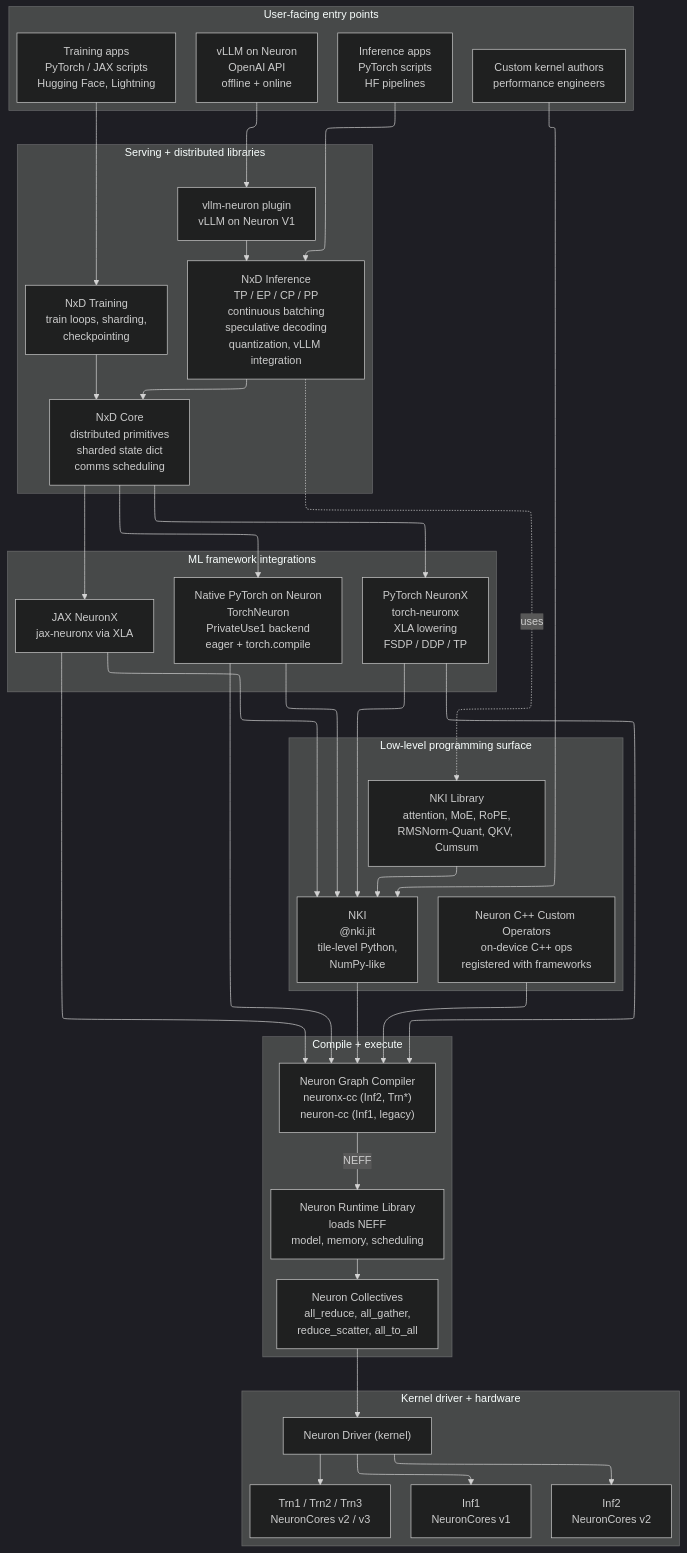
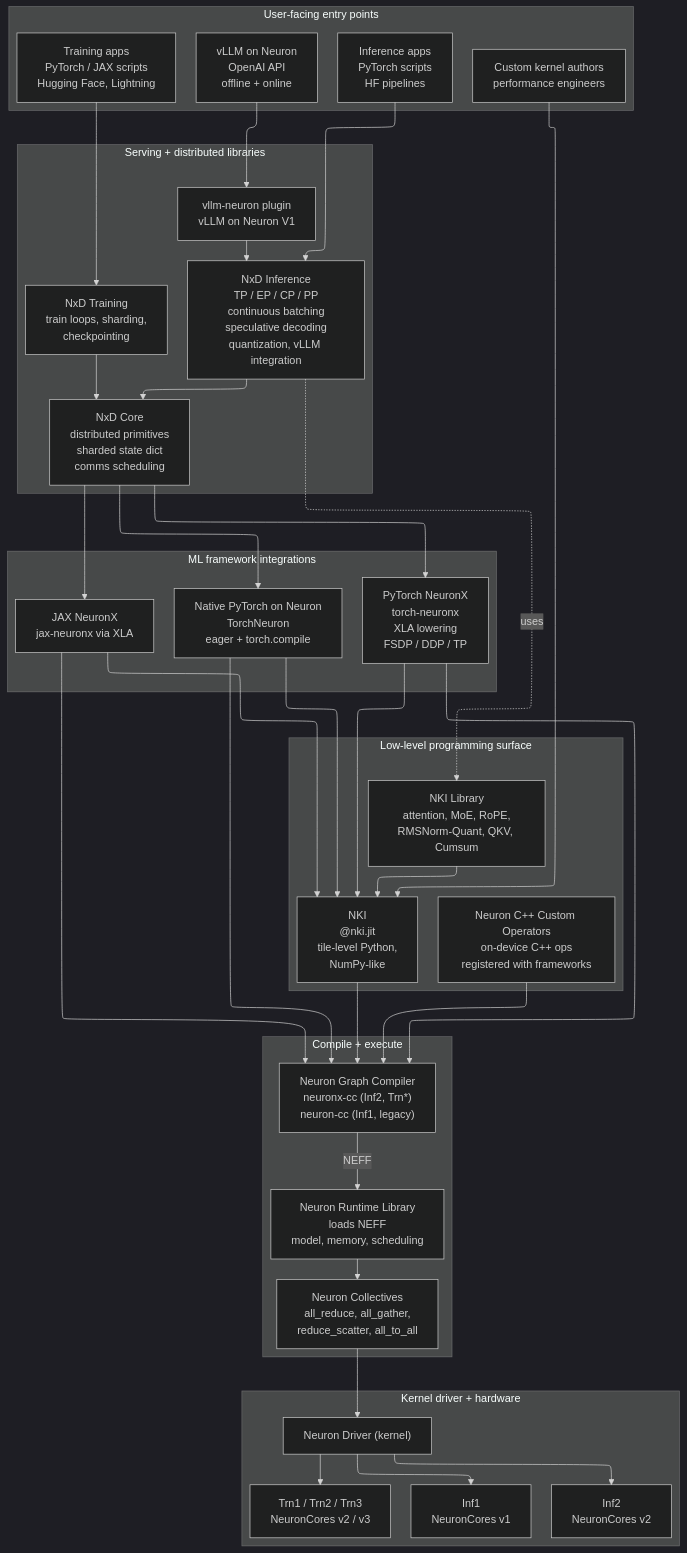
Before and after one commit to erickson-doug/mintlify-docs: the first of 2 diagrams in neuron-stack.mdx, drawn with Mermaid (dark theme). The commit also changed other lines of this file, not shown here.

Commit message:
fix: diagram text tweak

````diff
--- a/neuron-stack.mdx
+++ b/neuron-stack.mdx
@@ -14,80 +14,80 @@
 ```mermaid
 %%{init: {'flowchart': {'defaultRenderer': 'elk'}}}%%
 flowchart TB
   subgraph ENTRY["User-facing entry points"]
     direction LR
     E1["vLLM on Neuron<br/>OpenAI API<br/>offline + online"]
     E2["Training apps<br/>PyTorch / JAX scripts<br/>Hugging Face, Lightning"]
     E3["Inference apps<br/>PyTorch scripts<br/>HF pipelines"]
     E4["Custom kernel authors<br/>performance engineers"]
   end
 
   subgraph SERVING["Serving + distributed libraries"]
     direction TB
     S1["vllm-neuron plugin<br/>vLLM on Neuron V1"]
     S2["NxD Training<br/>train loops, sharding,<br/>checkpointing"]
     S3["NxD Inference<br/>TP / EP / CP / PP<br/>continuous batching<br/>speculative decoding<br/>quantization, vLLM integration"]
     S4["NxD Core<br/>distributed primitives<br/>sharded state dict<br/>comms scheduling"]
     S1 --> S3
     S2 --> S4
     S3 --> S4
   end
 
   subgraph FRAMEWORKS["ML framework integrations"]
     direction LR
-    F1["Native PyTorch on Neuron<br/>TorchNeuron<br/>PrivateUse1 backend<br/>eager + torch.compile"]
+    F1["Native PyTorch on Neuron<br/>TorchNeuron<br/>eager + torch.compile"]
     F2["PyTorch NeuronX<br/>torch-neuronx<br/>XLA lowering<br/>FSDP / DDP / TP"]
     F3["JAX NeuronX<br/>jax-neuronx via XLA"]
   end
 
   subgraph LOWLEVEL["Low-level programming surface"]
     direction LR
     L1["NKI<br/>@nki.jit<br/>tile-level Python,<br/>NumPy-like"]
     L2["NKI Library<br/>attention, MoE, RoPE,<br/>RMSNorm-Quant, QKV, Cumsum"]
     L3["Neuron C++ Custom Operators<br/>on-device C++ ops<br/>registered with frameworks"]
     L2 --> L1
   end
 
   subgraph COMPEXEC["Compile + execute"]
     direction TB
     C1["Neuron Graph Compiler<br/>neuronx-cc (Inf2, Trn*)<br/>neuron-cc (Inf1, legacy)"]
     C2["Neuron Runtime Library<br/>loads NEFF<br/>model, memory, scheduling"]
     C3["Neuron Collectives<br/>all_reduce, all_gather,<br/>reduce_scatter, all_to_all"]
     C1 -->|NEFF| C2
     C2 --> C3
   end
 
   subgraph HARDWARE["Kernel driver + hardware"]
     direction TB
     D1["Neuron Driver (kernel)"]
     D2["Inf1<br/>NeuronCores v1"]
     D3["Inf2<br/>NeuronCores v2"]
     D4["Trn1 / Trn2 / Trn3<br/>NeuronCores v2 / v3"]
     D1 --> D2
     D1 --> D3
     D1 --> D4
   end
 
   %% Cross-layer flows
   E1 --> S1
   E2 --> S2
   E3 --> S3
   E4 --> L1
 
   S4 --> F1
   S4 --> F2
   S4 --> F3
 
   F1 --> L1
   F2 --> L1
   F3 --> L1
   S3 -. uses .-> L2
 
   L1 --> C1
   L3 --> C1
   F1 --> C1
   F2 --> C1
   F3 --> C1
 
   C3 --> D1
 ```
````
